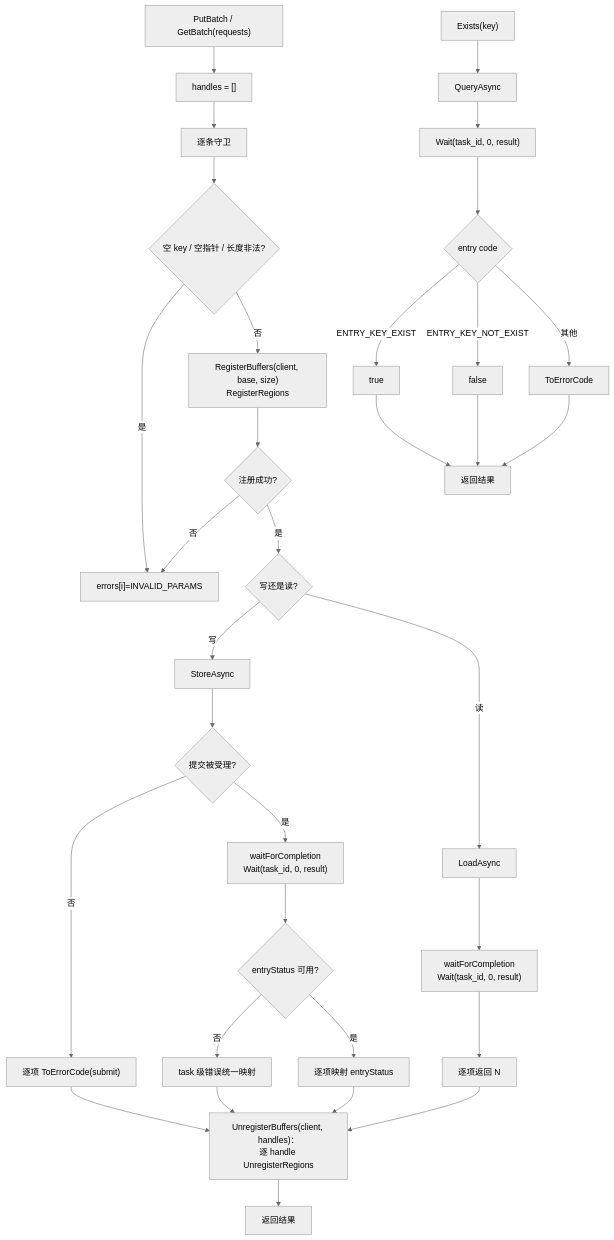
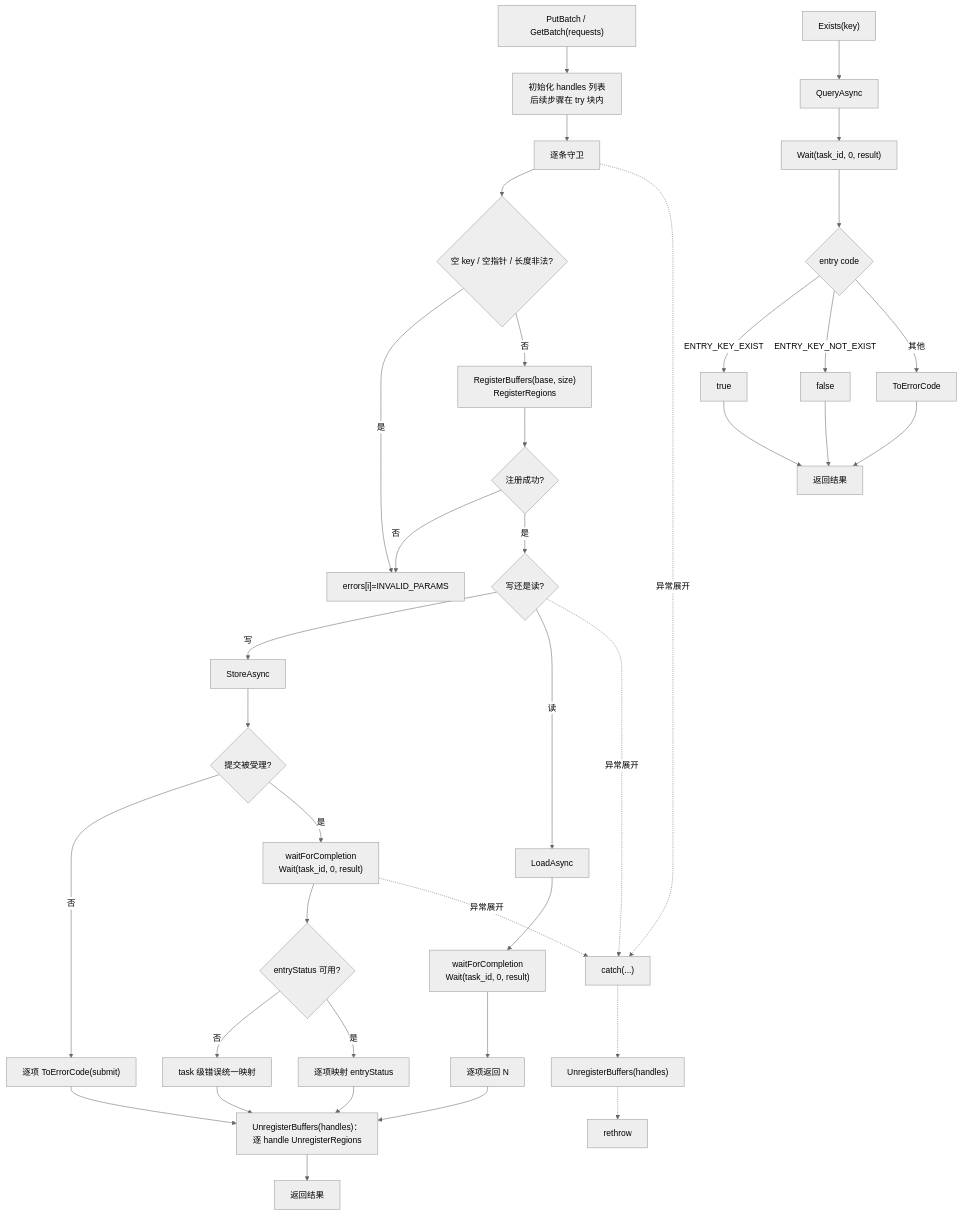
The fifth of 11 diagrams in Mooncake + KVClient L3 接入（Kvcs）- PR 实施设计.md (zwj20000328-dotcom/Mooncake-documents), drawn with Mermaid (neutral theme) before and after one commit. The commit also changed other lines of this file and 1 other file, not shown here.

````diff
--- a/Mooncake + KVClient L3 接入（Kvcs）- PR 实施设计.md
+++ b/Mooncake + KVClient L3 接入（Kvcs）- PR 实施设计.md
@@ -670,35 +667,40 @@
 ```mermaid
 flowchart TB
-    A["PutBatch / GetBatch(requests)"] --> A2["handles = []"]
+    A["PutBatch / GetBatch(requests)"] --> A2["初始化 handles 列表<br/>后续步骤在 try 块内"]
     A2 --> B["逐条守卫"]
     B --> C{"空 key / 空指针 / 长度非法?"}
     C -->|是| E["errors[i]=INVALID_PARAMS"]
-    C -->|否| REG["RegisterBuffers(client, base, size)<br/>RegisterRegions"]
+    C -->|否| REG["RegisterBuffers(base, size)<br/>RegisterRegions"]
     REG --> REGOK{"注册成功?"}
     REGOK -->|否| E
     REGOK -->|是| SUB{"写还是读?"}
     SUB -->|写| STORE["StoreAsync"]
     STORE --> SUBOK{"提交被受理?"}
     SUBOK -->|否| SUBFAIL["逐项 ToErrorCode(submit)"]
     SUBOK -->|是| WAIT["waitForCompletion<br/>Wait(task_id, 0, result)"]
     WAIT --> TERM{"entryStatus 可用?"}
     TERM -->|否| TASKE["task 级错误统一映射"]
     TERM -->|是| MAPW["逐项映射 entryStatus"]
     SUB -->|读| LOAD["LoadAsync"]
     LOAD --> RWAIT["waitForCompletion<br/>Wait(task_id, 0, result)"]
     RWAIT --> RMAPR["逐项返回 N"]
     SUBFAIL --> UNREG
     TASKE --> UNREG
     MAPW --> UNREG
     RMAPR --> UNREG
-    UNREG["UnregisterBuffers(client, handles)：<br/>逐 handle UnregisterRegions"] --> END["返回结果"]
+    UNREG["UnregisterBuffers(handles)：<br/>逐 handle UnregisterRegions"] --> END["返回结果"]
+    B -.->|"异常展开"| CATCH["catch(...)"]
+    SUB -.->|"异常展开"| CATCH
+    WAIT -.->|"异常展开"| CATCH
+    CATCH -.-> CU["UnregisterBuffers(handles)"]
+    CU -.-> RETHROW["rethrow"]
     X["Exists(key)"] --> XQ["QueryAsync"]
     XQ --> XW["Wait(task_id, 0, result)"]
     XW --> XC{"entry code"}
     XC -->|"ENTRY_KEY_EXIST"| XT["true"]
     XC -->|"ENTRY_KEY_NOT_EXIST"| XF["false"]
     XC -->|其他| XE["ToErrorCode"]
     XT --> XEND["返回结果"]
     XF --> XEND
     XE --> XEND
 ```
````
